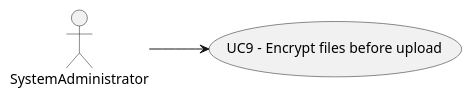
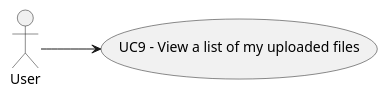
The diagram in docs/Global_Artifacts/Design/Level1/Uc_Folder/UC09/UC09.puml (joaotorres28/ParticularProject), drawn with PlantUML before and after one commit. The commit also changed 25 other files, not shown here.

```diff
--- a/docs/Global_Artifacts/Design/Level1/Uc_Folder/UC09/UC09.puml
+++ b/docs/Global_Artifacts/Design/Level1/Uc_Folder/UC09/UC09.puml
@@ -1,9 +1,9 @@
 @startuml
 
 left to right direction
-actor SystemAdministrator
+actor User
 
-usecase UC9 as "UC9 - Encrypt files before upload"
-SystemAdministrator --> UC9
+usecase UC9 as "UC9 - View a list of my uploaded files"
+User --> UC9
 
 @enduml
```
